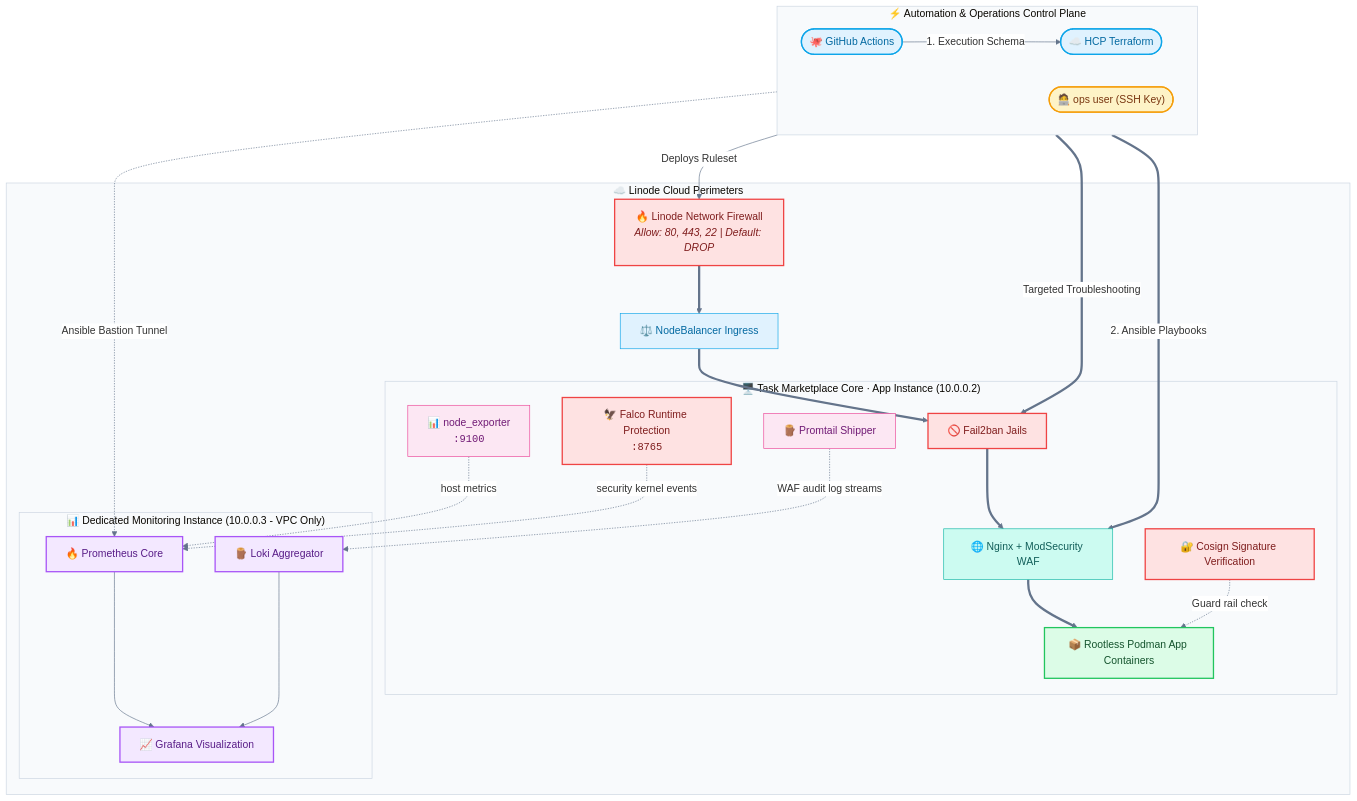
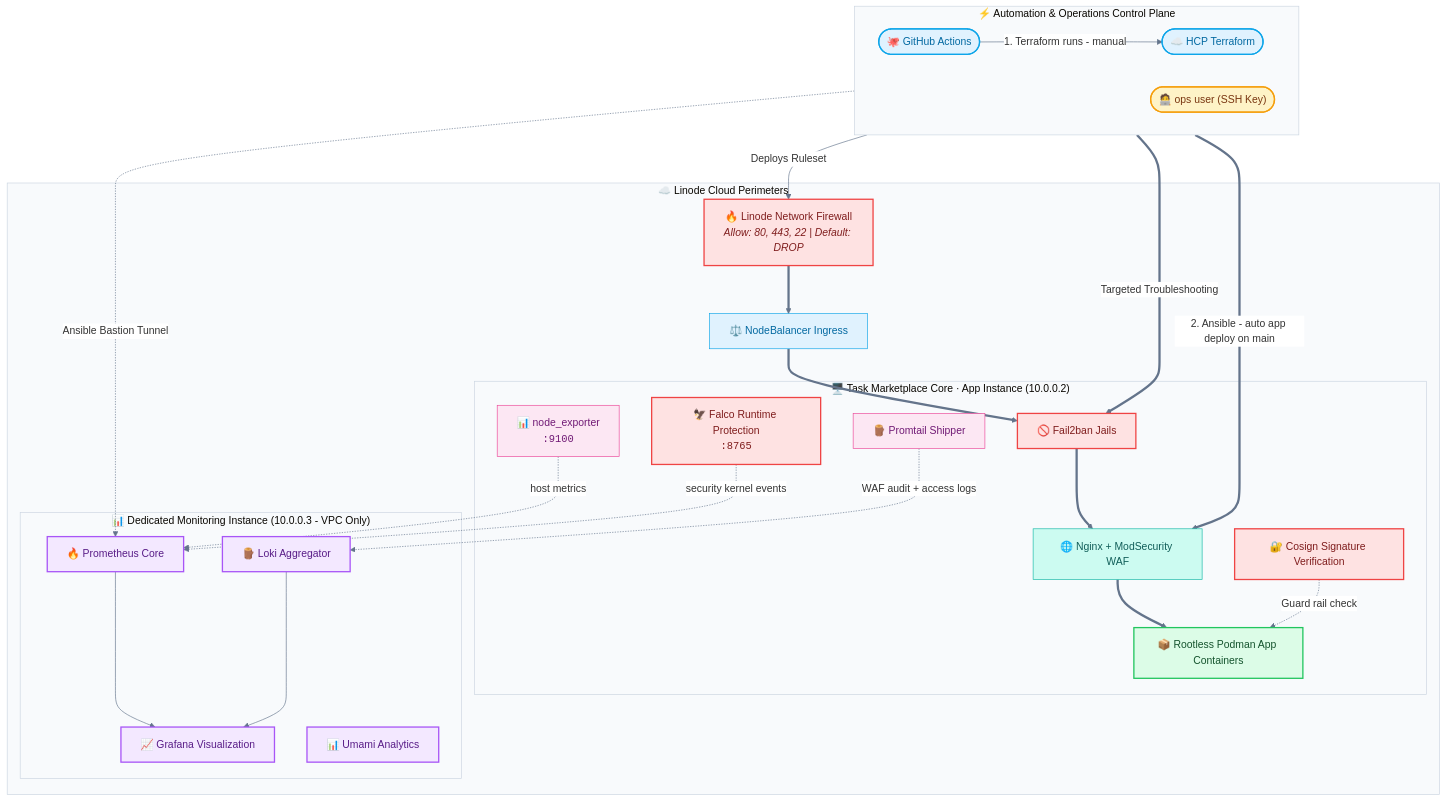
Before and after one commit to kennethatria/myGuy: the second of 2 diagrams in README.md, drawn with Mermaid. The commit also changed other lines of this file and 1 other file, not shown here.

Commit message:
docs: update README and CLAUDE.md for email login, analytics, and CI deploy

````diff
--- a/README.md
+++ b/README.md
@@ -78,66 +83,67 @@
 ```mermaid
 %%{init: {'theme': 'base', 'themeVariables': {'clusterBkg': '#f8fafc', 'clusterBorder': '#cbd5e1', 'edgeLabelBackground': '#ffffff', 'lineColor': '#64748b'}}}%%
 
 graph TB
     %% Custom Infrastructure & Security Styling
     classDef automation fill:#e0f2fe,stroke:#0ea5e9,color:#0369a1,stroke-width:2px;
     classDef admin      fill:#fef3c7,stroke:#f59e0b,color:#78350f,stroke-width:2px;
     classDef security   fill:#fee2e2,stroke:#ef4444,color:#7f1d1d,stroke-width:2px;
     classDef lb         fill:#e0f2fe,stroke:#0ea5e9,color:#0369a1,stroke-width:1px;
     classDef gateway    fill:#ccfbf1,stroke:#14b8a6,color:#115e59,stroke-width:1px;
     classDef runtime    fill:#dcfce7,stroke:#22c55e,color:#14532d,stroke-width:2px;
     classDef telemetry  fill:#fce7f3,stroke:#ec4899,color:#701a75,stroke-width:1px;
     classDef monitoring fill:#f3e8ff,stroke:#a855f7,color:#581c87,stroke-width:2px;
 
     %% Management Entities
     subgraph Controls ["⚡ Automation & Operations Control Plane"]
         direction LR
         GHA(["🐙 GitHub Actions"]):::automation
         HCP(["☁️ HCP Terraform"]):::automation
         OPS(["🧑‍💻 ops user (SSH Key)"]):::admin
     end
 
     %% Main Network Boundary
     subgraph Linode["☁️ Linode Cloud Perimeters"]
         FW["🔥 Linode Network Firewall<br/><i>Allow: 80, 443, 22 | Default: DROP</i>"]:::security
         NB["⚖️ NodeBalancer Ingress"]:::lb
 
         subgraph App["🖥️ Task Marketplace Core · App Instance (10.0.0.2)"]
             F2B["🚫 Fail2ban Jails"]:::security
             WAF["🌐 Nginx + ModSecurity WAF"]:::gateway
             COSIGN["🔐 Cosign Signature Verification"]:::security
             PODS["📦 Rootless Podman App Containers"]:::runtime
             FALCO["🦅 Falco Runtime Protection<br/><code>:8765</code>"]:::security
             NE["📊 node_exporter<br/><code>:9100</code>"]:::telemetry
             PROMTAIL["🪵 Promtail Shipper"]:::telemetry
         end
 
         subgraph Mon["📊 Dedicated Monitoring Instance (10.0.0.3 - VPC Only)"]
             PROM["🔥 Prometheus Core"]:::monitoring
             LOKI["🪵 Loki Aggregator"]:::monitoring
             GRAFANA["📈 Grafana Visualization"]:::monitoring
+            UMAMI["📊 Umami Analytics"]:::monitoring
         end
     end
 
     %% Deployment & Provisioning Flow
-    GHA -->|1. Execution Schema| HCP
+    GHA -->|1. Terraform runs - manual| HCP
     HCP -->|Deploys Ruleset| FW
-    GHA ==>|2. Ansible Playbooks| WAF
+    GHA ==>|2. Ansible - auto app deploy on main| WAF
     GHA -.->|Ansible Bastion Tunnel| PROM
     OPS ==>|Targeted Troubleshooting| F2B
 
     %% Ingress Network Routing
     FW ==> NB
     NB ==> F2B
     F2B ==> WAF
     WAF ==> PODS
     COSIGN -.->|Guard rail check| PODS
 
     %% Telemetry, Metrics, and Audit Logs Pipelines
     NE -.->|host metrics| PROM
     FALCO -.->|security kernel events| PROM
-    PROMTAIL -.->|WAF audit log streams| LOKI
+    PROMTAIL -.->|WAF audit + access logs| LOKI
     
     PROM ---> GRAFANA
     LOKI ---> GRAFANA
 ```
````
